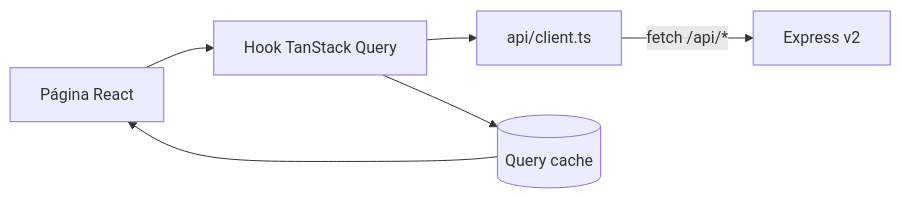
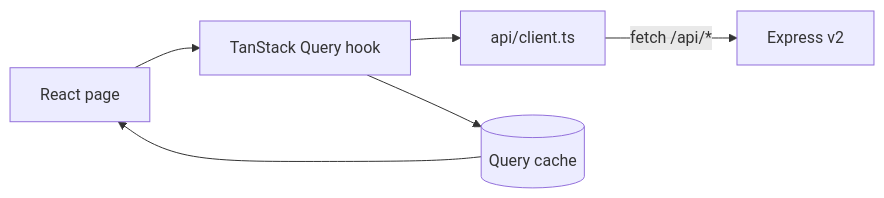
Before and after one commit to HDias/job-search: the diagram in docs/frontend.md, drawn with Mermaid. The commit also changed other lines of this file and 29 other files, not shown here.

````diff
--- a/docs/frontend.md
+++ b/docs/frontend.md
@@ -54,8 +54,8 @@
 ```mermaid
 flowchart LR
-  PAGE["Página React"] --> HOOK["Hook TanStack Query"]
+  PAGE["React page"] --> HOOK["TanStack Query hook"]
   HOOK --> CLIENT["api/client.ts"]
   CLIENT -->|"fetch /api/*"| API["Express v2"]
   HOOK --> CACHE[("Query cache")]
   CACHE --> PAGE
 ```
````
